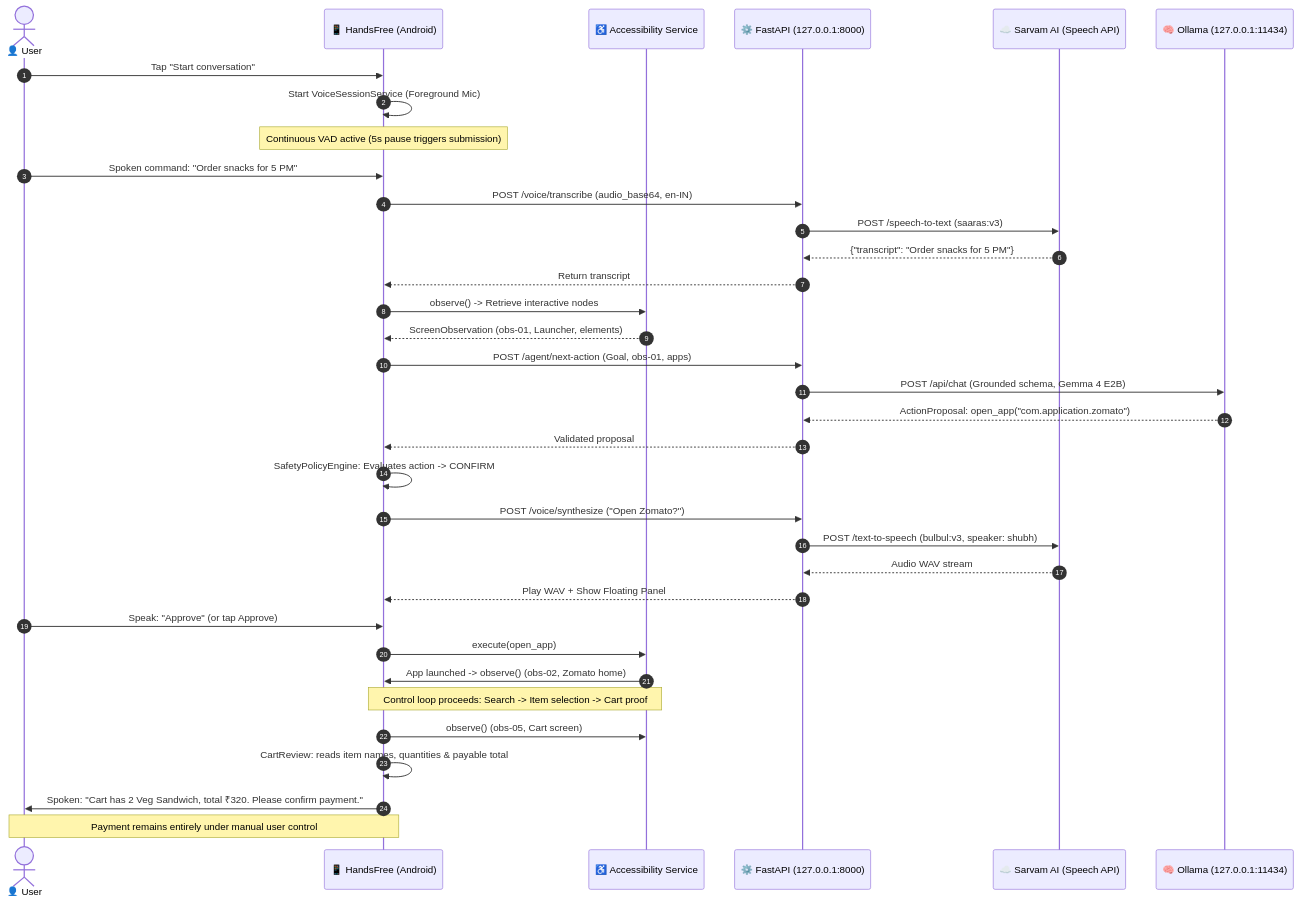
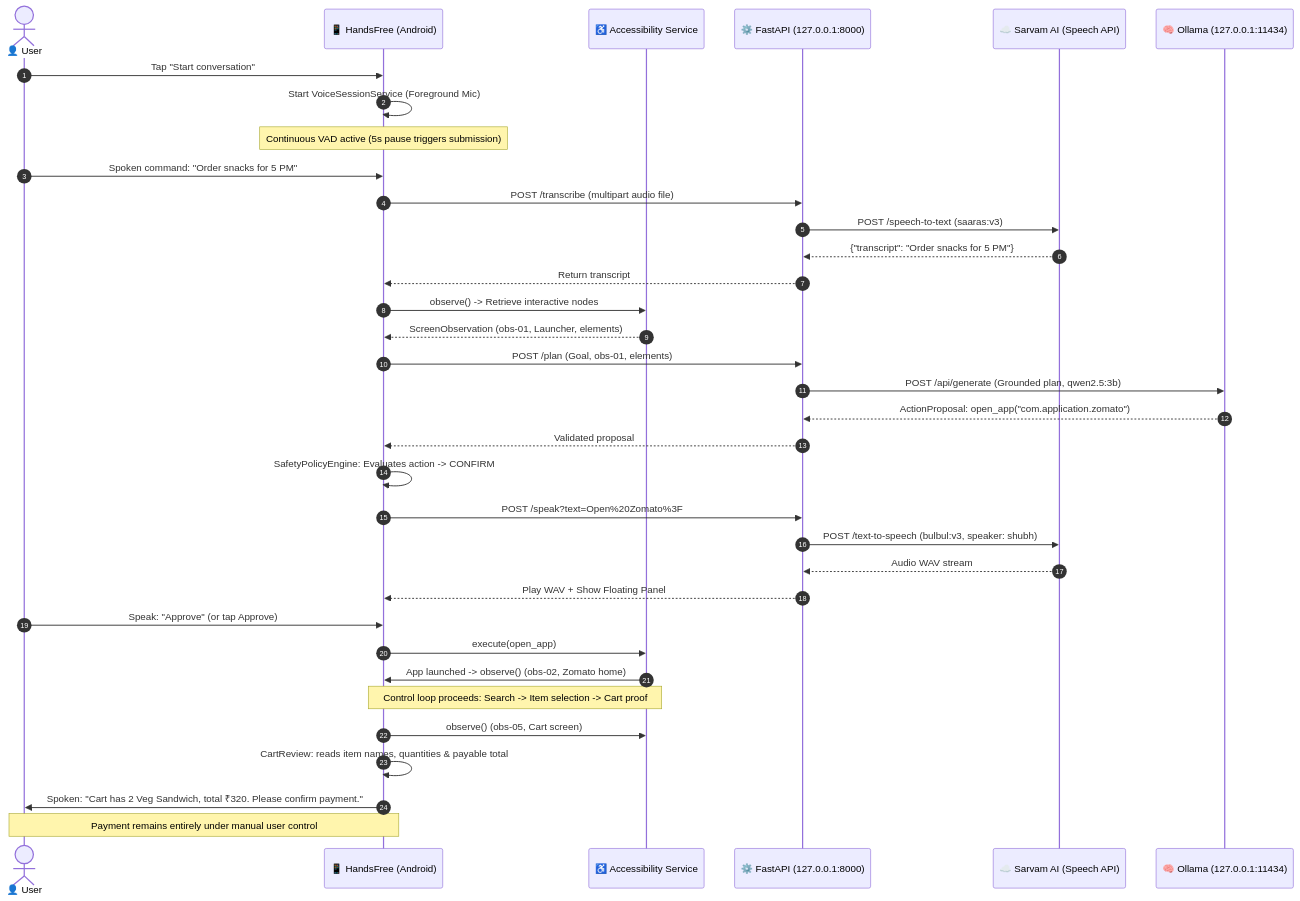
One commit to kkoushik24/handsfree-AI changed the second of 3 diagrams in README.md. Above: the diagram before and after it, drawn with Mermaid. The commit also changed other lines of this file and 10 other files, not shown here.

````diff
--- a/README.md
+++ b/README.md
@@ -173,43 +173,43 @@
 ```mermaid
 sequenceDiagram
     autonumber
     actor User as 👤 User
     participant App as 📱 HandsFree (Android)
     participant Acc as ♿ Accessibility Service
     participant Bridge as ⚙️ FastAPI (127.0.0.1:8000)
     participant Sarvam as ☁️ Sarvam AI (Speech API)
     participant Ollama as 🧠 Ollama (127.0.0.1:11434)
 
     User->>App: Tap "Start conversation"
     App->>App: Start VoiceSessionService (Foreground Mic)
     Note over App: Continuous VAD active (5s pause triggers submission)
 
     User->>App: Spoken command: "Order snacks for 5 PM"
-    App->>Bridge: POST /voice/transcribe (audio_base64, en-IN)
+    App->>Bridge: POST /transcribe (multipart audio file)
     Bridge->>Sarvam: POST /speech-to-text (saaras:v3)
     Sarvam-->>Bridge: {"transcript": "Order snacks for 5 PM"}
     Bridge-->>App: Return transcript
     
     App->>Acc: observe() -> Retrieve interactive nodes
     Acc-->>App: ScreenObservation (obs-01, Launcher, elements)
-    App->>Bridge: POST /agent/next-action (Goal, obs-01, apps)
-    Bridge->>Ollama: POST /api/chat (Grounded schema, Gemma 4 E2B)
+    App->>Bridge: POST /plan (Goal, obs-01, elements)
+    Bridge->>Ollama: POST /api/generate (Grounded plan, qwen2.5:3b)
     Ollama-->>Bridge: ActionProposal: open_app("com.application.zomato")
     Bridge-->>App: Validated proposal
     
     App->>App: SafetyPolicyEngine: Evaluates action -> CONFIRM
-    App->>Bridge: POST /voice/synthesize ("Open Zomato?")
+    App->>Bridge: POST /speak?text=Open%20Zomato%3F
     Bridge->>Sarvam: POST /text-to-speech (bulbul:v3, speaker: shubh)
     Sarvam-->>Bridge: Audio WAV stream
     Bridge-->>App: Play WAV + Show Floating Panel
     
     User->>App: Speak: "Approve" (or tap Approve)
     App->>Acc: execute(open_app)
     Acc->>App: App launched -> observe() (obs-02, Zomato home)
     Note over App,Acc: Control loop proceeds: Search -> Item selection -> Cart proof
     
     App->>Acc: observe() (obs-05, Cart screen)
     App->>App: CartReview: reads item names, quantities & payable total
     App->>User: Spoken: "Cart has 2 Veg Sandwich, total ₹320. Please confirm payment."
     Note over User,App: Payment remains entirely under manual user control
 ```
````
